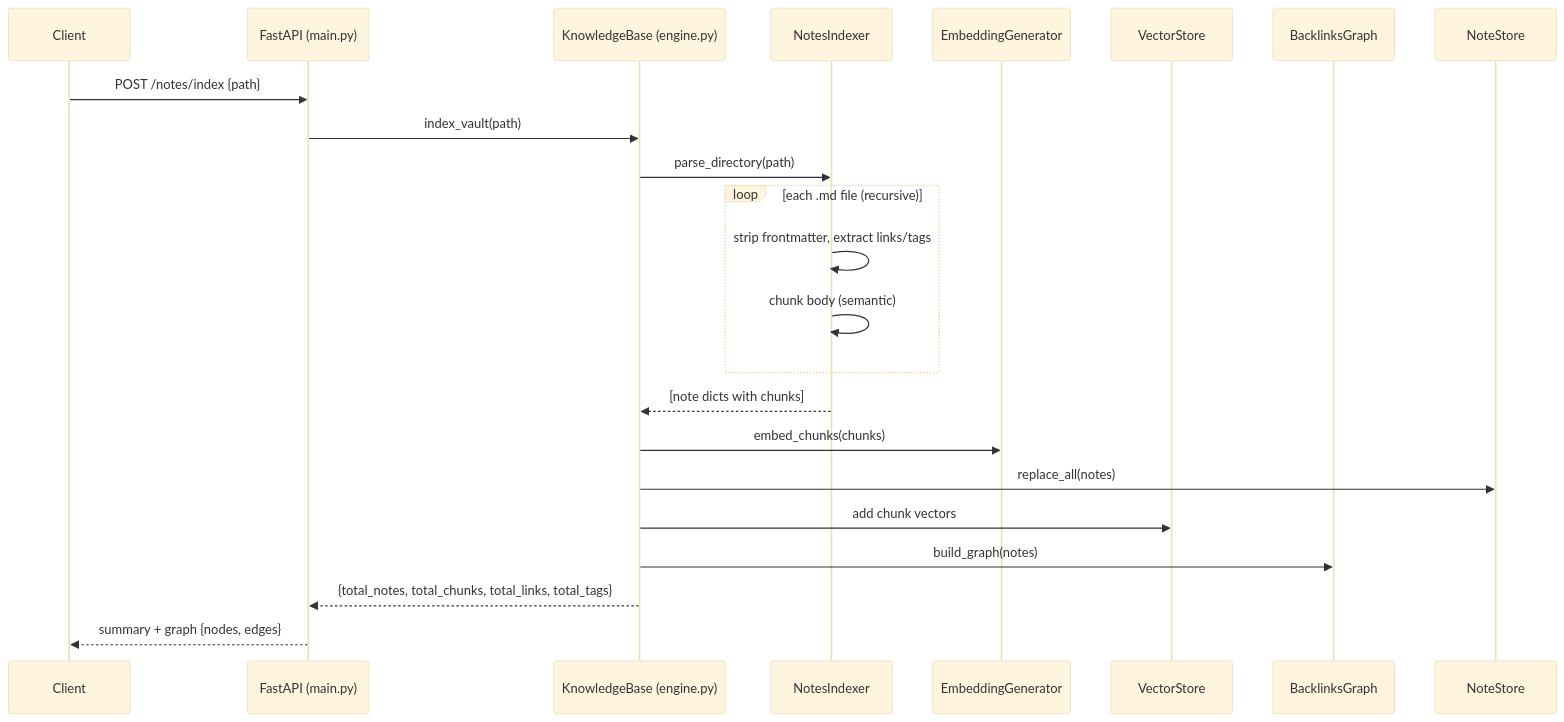
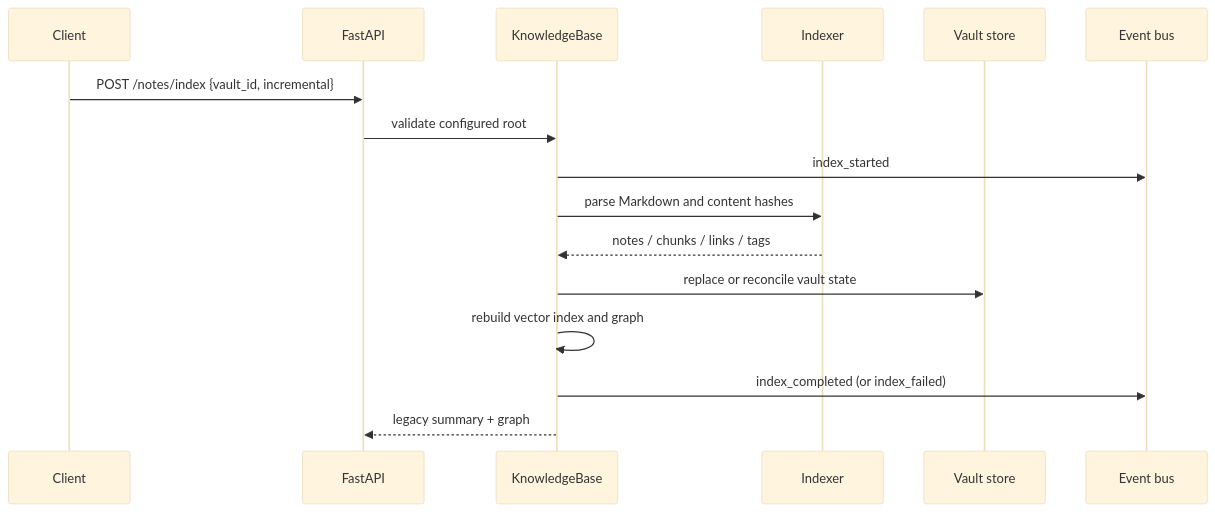
One commit to FishRaposo/personal-knowledge-base-os changed the diagram in docs/architecture.md. Above: the diagram before and after it, drawn with Mermaid (base theme). The commit also changed other lines of this file and 11 other files, not shown here.

````diff
--- a/docs/architecture.md
+++ b/docs/architecture.md
@@ -67,26 +26,19 @@
 ```mermaid
 sequenceDiagram
-    participant Client
-    participant API as FastAPI (main.py)
-    participant KB as KnowledgeBase (engine.py)
-    participant Idx as NotesIndexer
-    participant Emb as EmbeddingGenerator
-    participant VS as VectorStore
-    participant G as BacklinksGraph
-    participant S as NoteStore
+  participant C as Client
+  participant A as FastAPI
+  participant K as KnowledgeBase
+  participant I as Indexer
+  participant S as Vault store
+  participant E as Event bus
 
-    Client->>API: POST /notes/index {path}
-    API->>KB: index_vault(path)
-    KB->>Idx: parse_directory(path)
-    loop each .md file (recursive)
-        Idx->>Idx: strip frontmatter, extract links/tags
-        Idx->>Idx: chunk body (semantic)
-    end
-    Idx-->>KB: [note dicts with chunks]
-    KB->>Emb: embed_chunks(chunks)
-    KB->>S: replace_all(notes)
-    KB->>VS: add chunk vectors
-    KB->>G: build_graph(notes)
-    KB-->>API: {total_notes, total_chunks, total_links, total_tags}
-    API-->>Client: summary + graph {nodes, edges}
+  C->>A: POST /notes/index {vault_id, incremental}
+  A->>K: validate configured root
+  K->>E: index_started
+  K->>I: parse Markdown and content hashes
+  I-->>K: notes / chunks / links / tags
+  K->>S: replace or reconcile vault state
+  K->>K: rebuild vector index and graph
+  K->>E: index_completed (or index_failed)
+  K-->>A: legacy summary + graph
 ```
````
